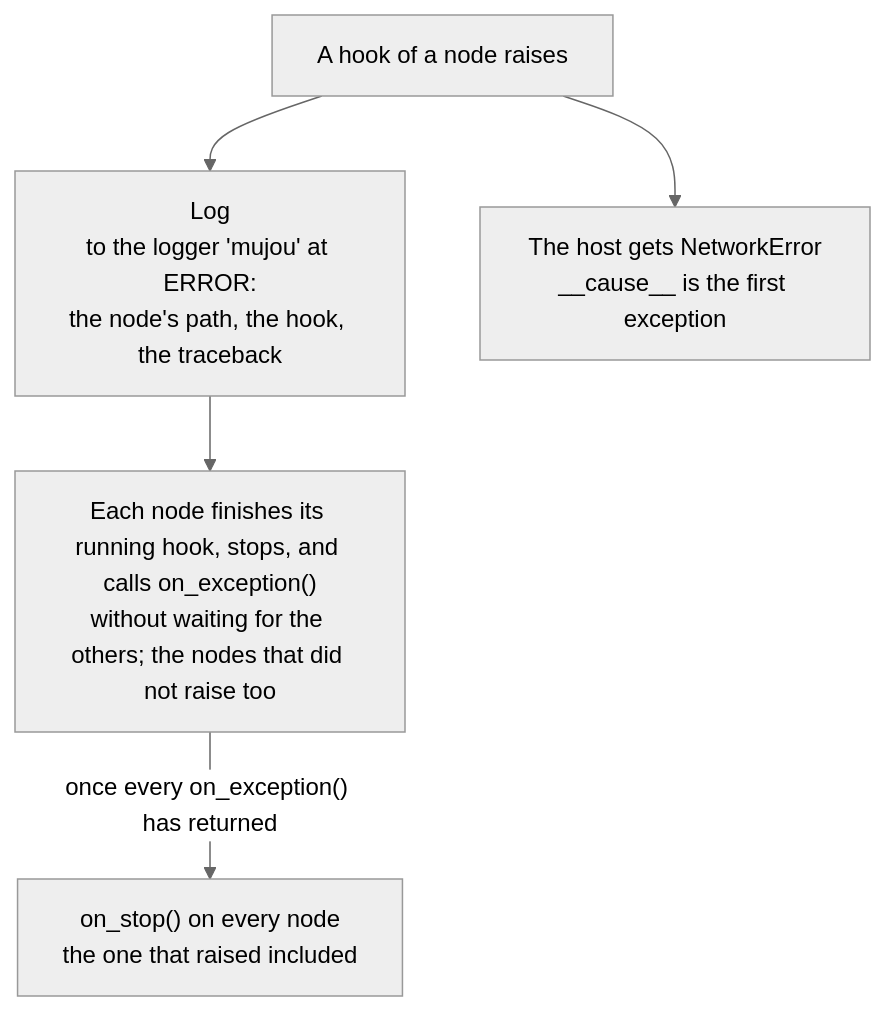
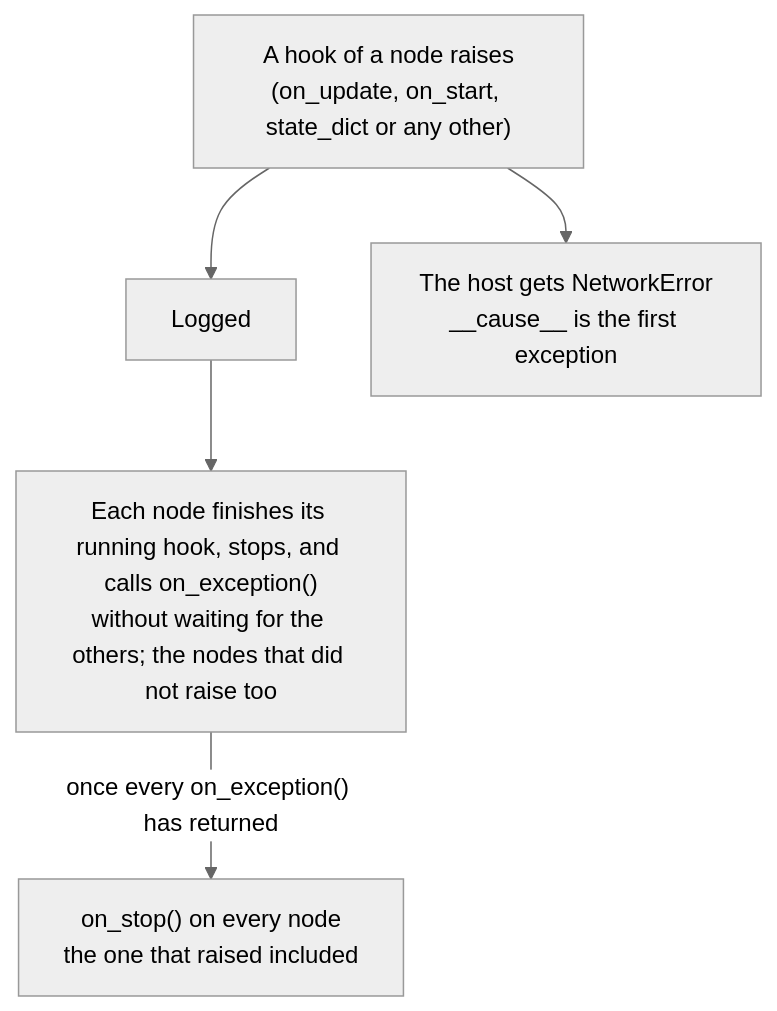
One commit to Geson-anko/mujou changed the first of 2 diagrams in docs/en/topics/errors.md. Above: the diagram before and after it, drawn with Mermaid (neutral theme). The commit also changed other lines of this file and 49 other files, not shown here.

````diff
--- a/docs/en/topics/errors.md
+++ b/docs/en/topics/errors.md
@@ -17,7 +5,7 @@
 ```mermaid
 flowchart TB
-    E["A hook of a node raises"] --> L["Log<br/>to the logger 'mujou' at ERROR:<br/>the node's path, the hook, the traceback"]
+    E["A hook of a node raises<br/>(on_update, on_start, state_dict or any other)"] --> L["Logged"]
     L --> X["Each node finishes its running hook, stops, and calls on_exception()<br/>without waiting for the others; the nodes that did not raise too"]
     X -->|"once every on_exception() has returned"| S["on_stop() on every node<br/>the one that raised included"]
     E --> H["The host gets NetworkError<br/>__cause__ is the first exception"]
 ```
````
